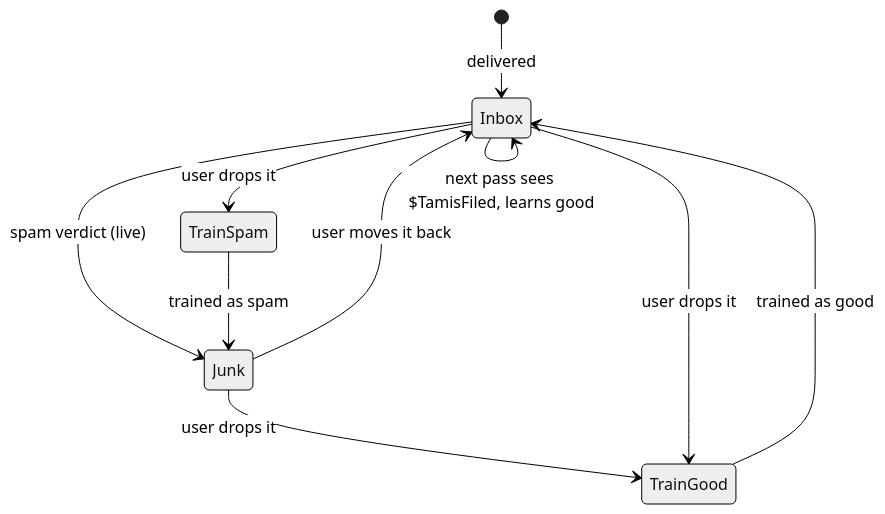
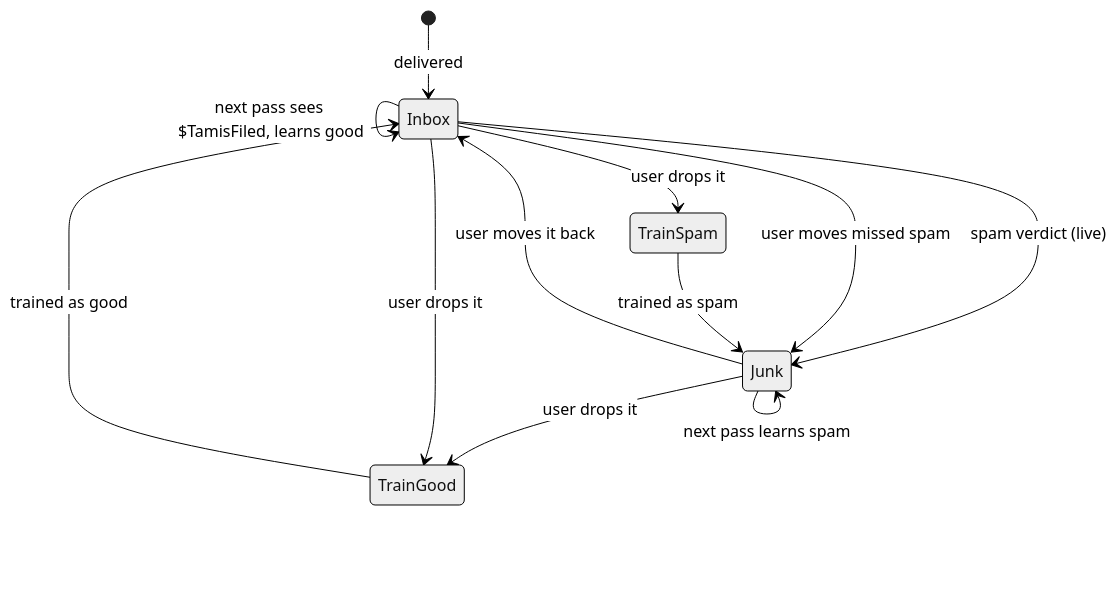
Before and after one commit to hugoh/tamis: the seventh of 8 diagrams in docs/engine.md, drawn with Mermaid (neutral theme). The commit also changed other lines of this file and 7 other files, not shown here.

Commit message:
feat: learn missed spam from moves to Junk

````diff
--- a/docs/engine.md
+++ b/docs/engine.md
@@ -181,12 +206,14 @@
 ```mermaid
 stateDiagram-v2
     [*] --> Inbox: delivered
     Inbox --> Junk: spam verdict (live)
     Junk --> Inbox: user moves it back
     Inbox --> Inbox: next pass sees $TamisFiled, learns good
+    Inbox --> Junk: user moves missed spam
+    Junk --> Junk: next pass learns spam
     Inbox --> TrainSpam: user drops it
     Junk --> TrainGood: user drops it
     Inbox --> TrainGood: user drops it
     TrainSpam --> Junk: trained as spam
     TrainGood --> Inbox: trained as good
 ```
````
